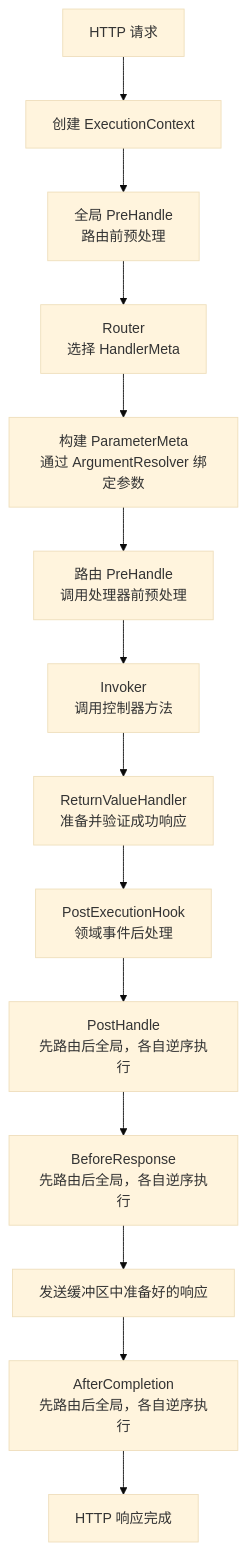
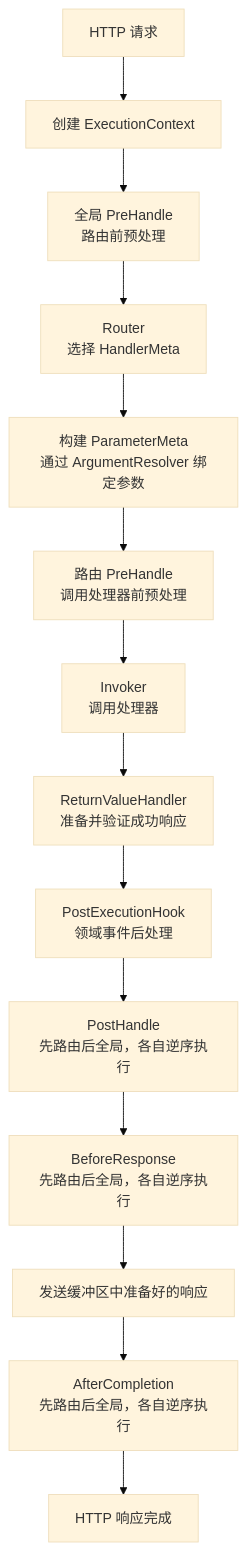
Before and after one commit to NARUBROWN/spine-site: the diagram in docs/zh-Hans/learn/core-concepts/pipeline.md, drawn with Mermaid (base theme). The commit also changed other lines of this file and 193 other files, not shown here.

````diff
--- a/docs/zh-Hans/learn/core-concepts/pipeline.md
+++ b/docs/zh-Hans/learn/core-concepts/pipeline.md
@@ -21,31 +17,31 @@
 ```mermaid
 graph TD
     Request["HTTP 请求"]
     Context["创建 ExecutionContext"]
     GlobalPre["全局 PreHandle<br>路由前预处理"]
     Router["Router<br>选择 HandlerMeta"]
     Binding["构建 ParameterMeta<br>通过 ArgumentResolver 绑定参数"]
     RoutePre["路由 PreHandle<br>调用处理器前预处理"]
-    Handler["Invoker<br>调用控制器方法"]
+    Handler["Invoker<br>调用处理器"]
     Return["ReturnValueHandler<br>准备并验证成功响应"]
     Hook["PostExecutionHook<br>领域事件后处理"]
     Post["PostHandle<br>先路由后全局，各自逆序执行"]
     Before["BeforeResponse<br>先路由后全局，各自逆序执行"]
     Flush["发送缓冲区中准备好的响应"]
     After["AfterCompletion<br>先路由后全局，各自逆序执行"]
     Response["HTTP 响应完成"]
 
     Request --> Context
     Context --> GlobalPre
     GlobalPre --> Router
     Router --> Binding
     Binding --> RoutePre
     RoutePre --> Handler
     Handler --> Return
     Return --> Hook
     Hook --> Post
     Post --> Before
     Before --> Flush
     Flush --> After
     After --> Response
 ```
````
